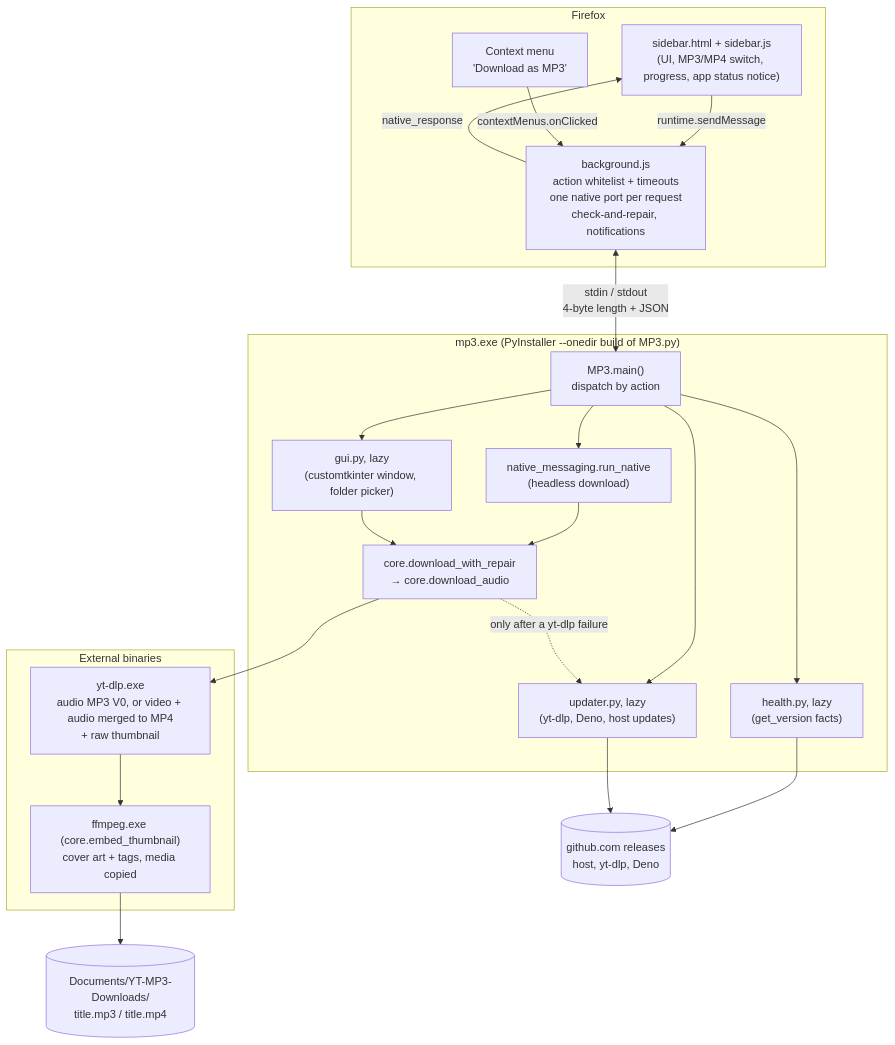
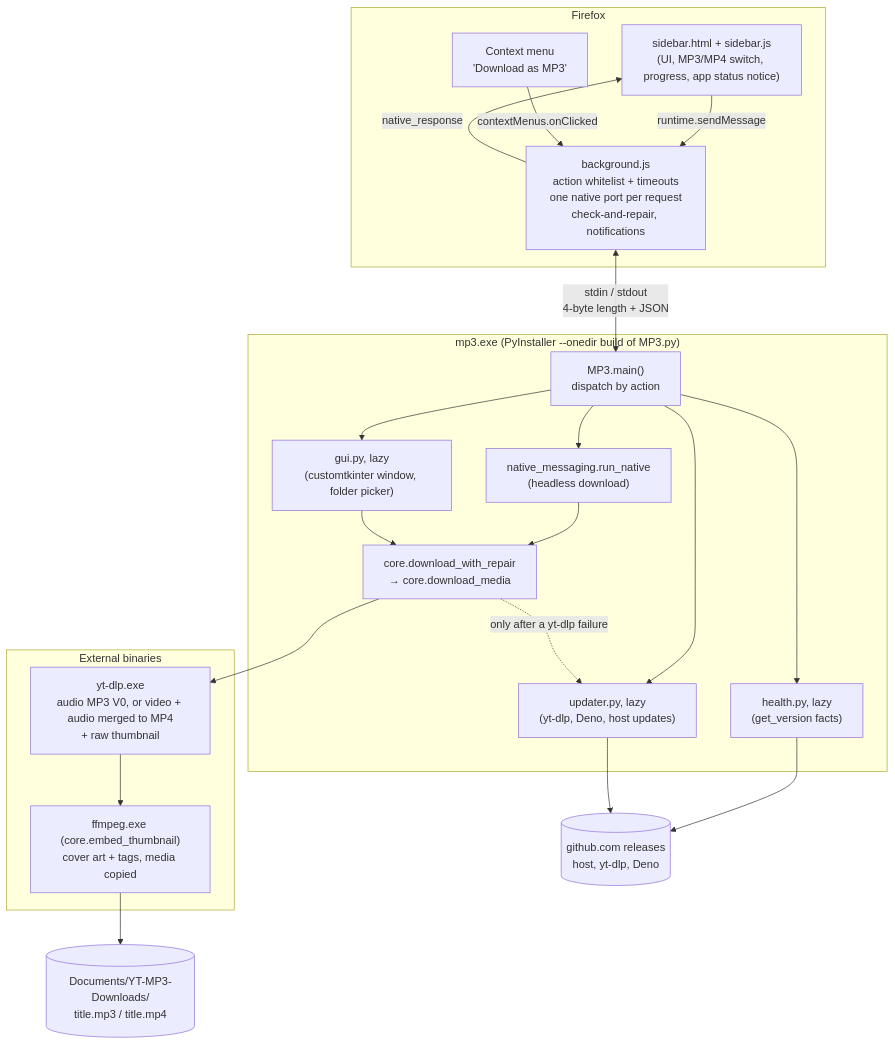
The first of 22 diagrams in ARCHITECTURE.md (martin-iflap/YT-MP3-Downloader), drawn with Mermaid before and after one commit. The commit also changed other lines of this file and 10 other files, not shown here.

Commit message:
rename download_audio to download_media as it also downloads videos now

````diff
--- a/ARCHITECTURE.md
+++ b/ARCHITECTURE.md
@@ -15,39 +15,39 @@
 ```mermaid
 flowchart TB
     subgraph FF["Firefox"]
         SB["sidebar.html + sidebar.js<br/>(UI, MP3/MP4 switch, progress, app status notice)"]
         CM["Context menu<br/>'Download as MP3'"]
         BG["background.js<br/>action whitelist + timeouts<br/>one native port per request<br/>check-and-repair, notifications"]
         SB -- "runtime.sendMessage" --> BG
         CM -- "contextMenus.onClicked" --> BG
         BG -- "native_response" --> SB
     end
 
     subgraph HOST["mp3.exe (PyInstaller --onedir build of MP3.py)"]
         MAIN["MP3.main()<br/>dispatch by action"]
         RN["native_messaging.run_native<br/>(headless download)"]
         GUI["gui.py, lazy<br/>(customtkinter window, folder picker)"]
-        CORE["core.download_with_repair<br/>→ core.download_audio"]
+        CORE["core.download_with_repair<br/>→ core.download_media"]
         HEALTH["health.py, lazy<br/>(get_version facts)"]
         UPD["updater.py, lazy<br/>(yt-dlp, Deno, host updates)"]
         MAIN --> RN --> CORE
         MAIN --> GUI --> CORE
         MAIN --> HEALTH
         MAIN --> UPD
         CORE -. "only after a yt-dlp failure" .-> UPD
     end
 
     subgraph TOOLS["External binaries"]
         YT["yt-dlp.exe<br/>audio MP3 V0, or video + audio merged to MP4<br/>+ raw thumbnail"]
         FFM["ffmpeg.exe (core.embed_thumbnail)<br/>cover art + tags, media copied"]
         YT --> FFM
     end
 
     GH[("github.com releases<br/>host, yt-dlp, Deno")]
 
     BG <-- "stdin / stdout<br/>4-byte length + JSON" --> MAIN
     CORE --> YT
     FFM --> OUT[("Documents/YT-MP3-Downloads/<br/>title.mp3 / title.mp4")]
     HEALTH --> GH
     UPD --> GH
 ```
````
